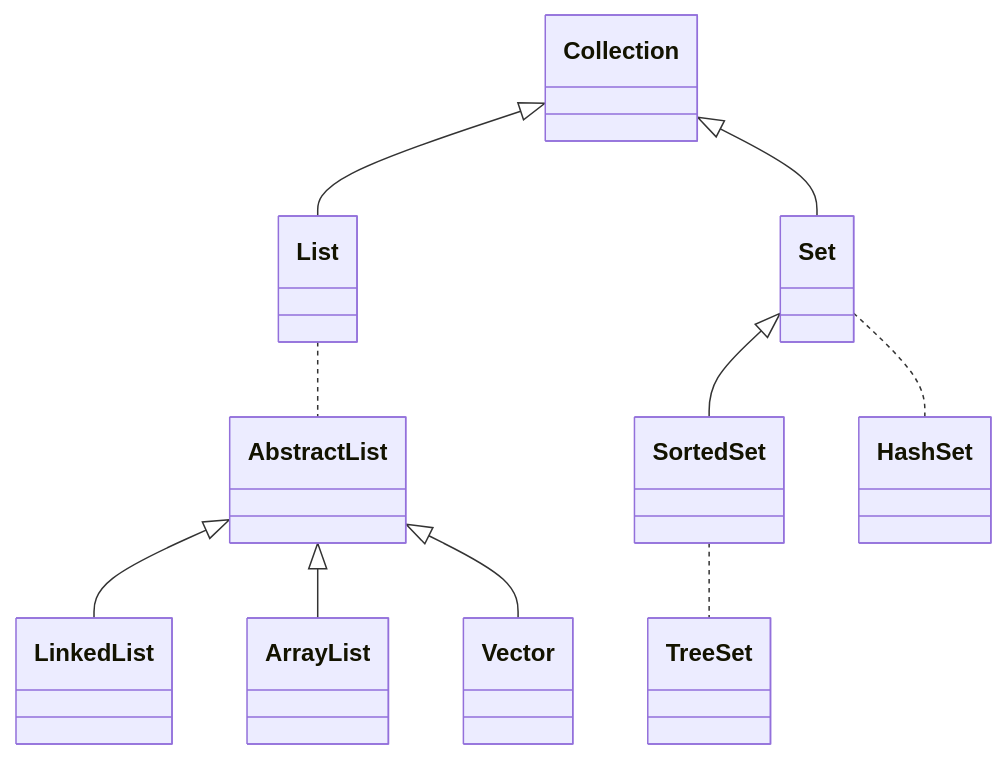
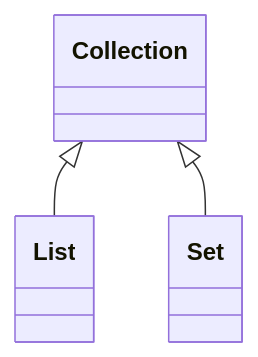
The diagram in src/site/notes/Books/2024/Java In a Nutshell/Chapter 8 - Working with Java Collections 1.md (anchung/ob-technical), drawn with Mermaid before and after one commit.

Commit message:
Published multiple files

````diff
--- a/src/site/notes/Books/2024/Java In a Nutshell/Chapter 8 - Working with Java Collections 1.md
+++ b/src/site/notes/Books/2024/Java In a Nutshell/Chapter 8 - Working with Java Collections 1.md
@@ -9,16 +9,8 @@
 ```mermaid
 classDiagram
 
 Collection <|-- List
 Collection <|-- Set
 
-List .. AbstractList
 
-AbstractList <|-- LinkedList
-AbstractList <|-- ArrayList
-AbstractList <|-- Vector
-
-Set <|-- SortedSet
-Set .. HashSet
-SortedSet .. TreeSet
 ```
````
